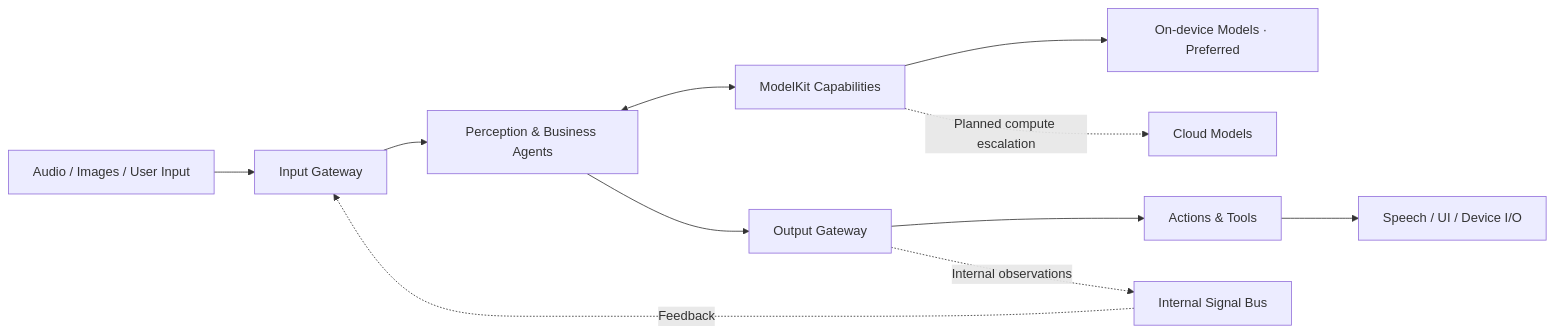
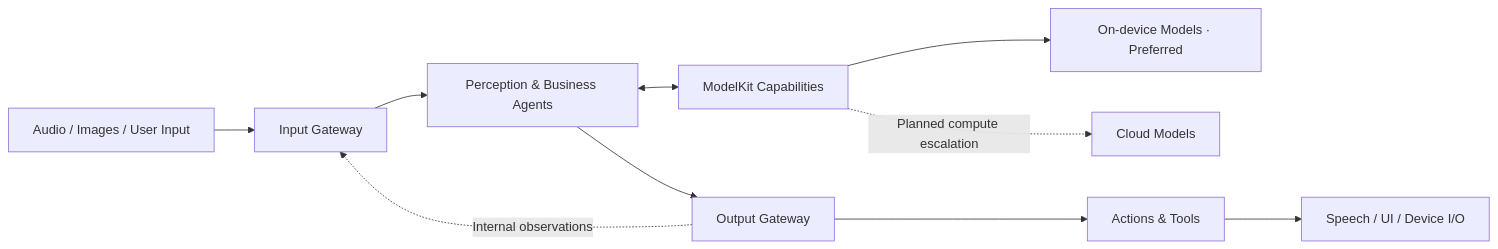
Before and after one commit to devilyouwei/MobileHarness: the second of 2 diagrams in README.md, drawn with Mermaid. The commit also changed other lines of this file and 40 other files, not shown here.

Commit message:
refactor: replace signal bus with direct gateway admission

````diff
--- a/README.md
+++ b/README.md
@@ -83,13 +83,12 @@
 ```mermaid
 flowchart LR
     Input[Audio / Images / User Input] --> Gateway[Input Gateway]
     Gateway --> Agents[Perception & Business Agents]
     Agents <--> Models[ModelKit Capabilities]
     Models --> Local[On-device Models · Preferred]
     Models -. Planned compute escalation .-> Cloud[Cloud Models]
     Agents --> Output[Output Gateway]
     Output --> Execution[Actions & Tools]
     Execution --> Experience[Speech / UI / Device I/O]
-    Output -. Internal observations .-> Bus[Internal Signal Bus]
-    Bus -. Feedback .-> Gateway
+    Output -. Internal observations .-> Gateway
 ```
````
